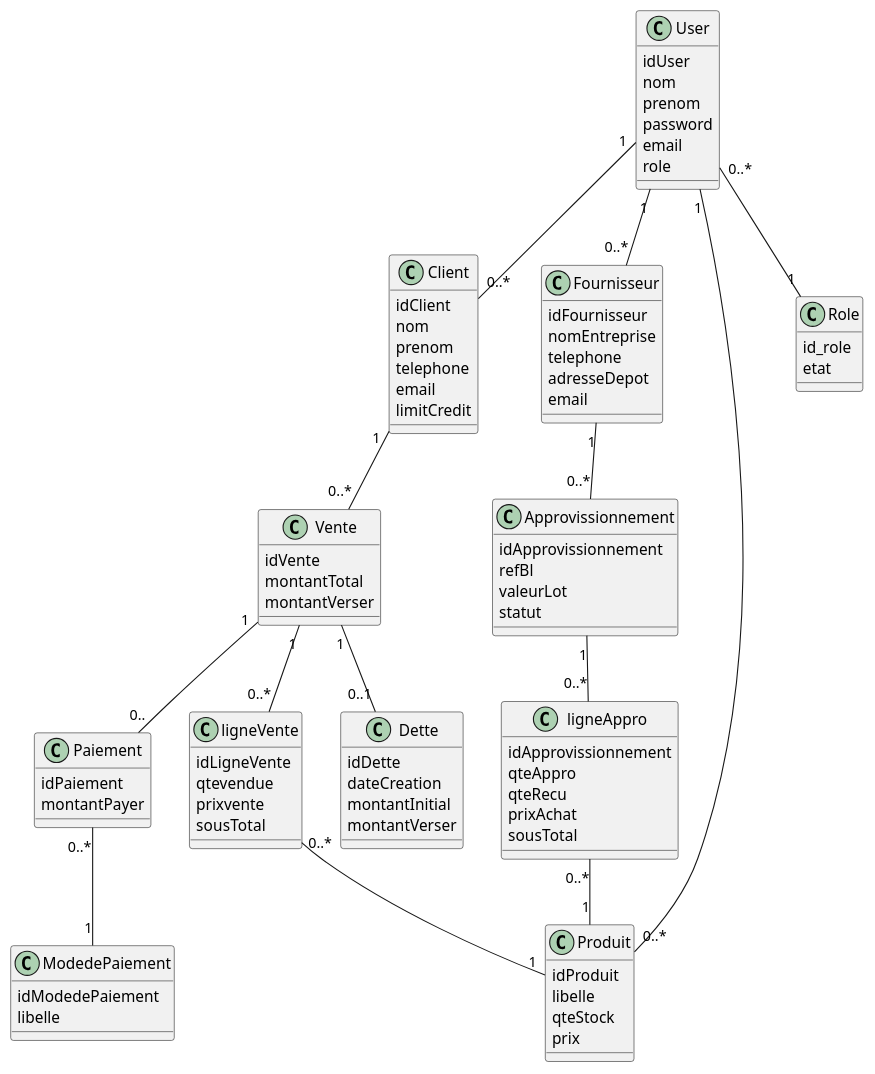
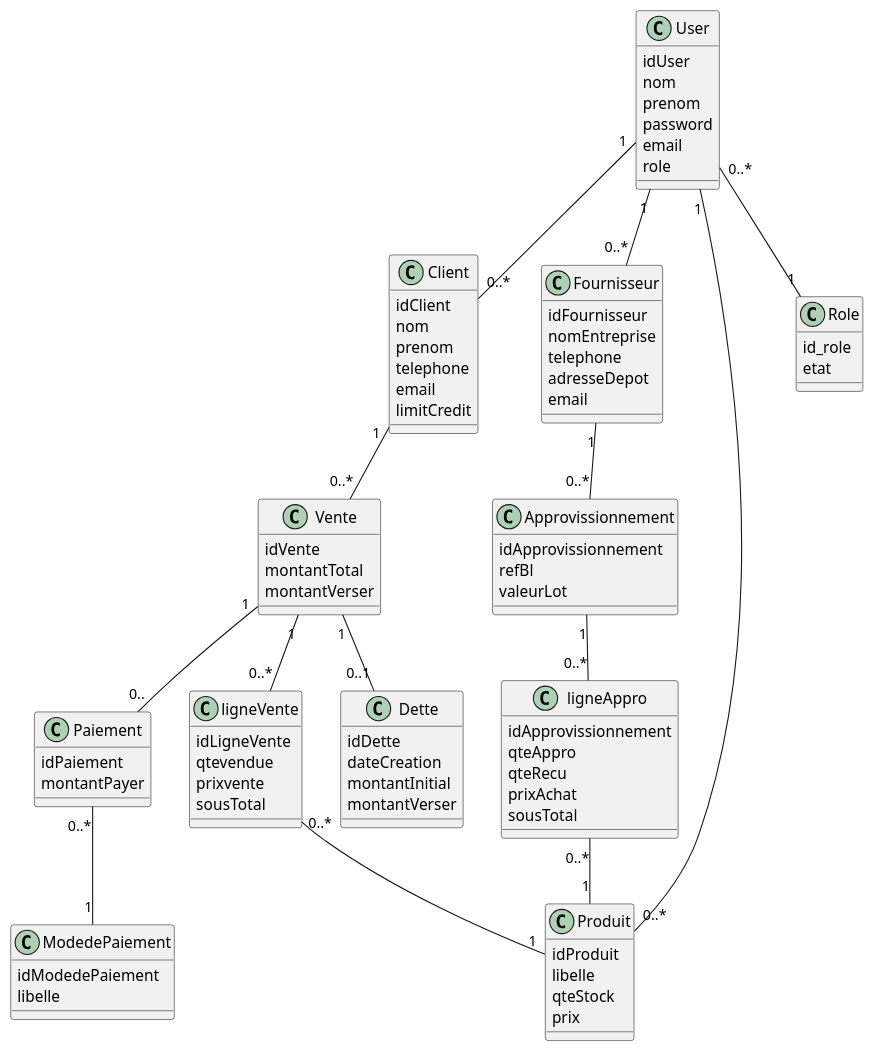
The diagram in docs/DiagrammeDeClasse.puml (FatmataNdiaye06/StoreManager), drawn with PlantUML before and after one commit. The commit also changed 20 other files, not shown here.

```diff
--- a/docs/DiagrammeDeClasse.puml
+++ b/docs/DiagrammeDeClasse.puml
@@ -1,106 +1,105 @@
 @startuml use case
  class User{
     idUser 
     nom 
     prenom 
     password
     email
     role
  }
   class Client{
     idClient 
     nom 
     prenom 
     telephone
     email
     limitCredit
    
  }
  class Fournisseur{
     idFournisseur
     nomEntreprise 
     telephone
     adresseDepot
     email 
    
  }
  
  class Approvissionnement{
     idApprovissionnement
     refBl 
     valeurLot
-    statut
 
  }
   class ligneAppro{
     idApprovissionnement
     qteAppro
     qteRecu
     prixAchat
     sousTotal
 
  }
 
  class Vente{
     idVente
     montantTotal
     montantVerser
  }
 
  class ligneVente{
     idLigneVente
     qtevendue
     prixvente
     sousTotal
  }
  class Dette{
     idDette
     dateCreation
     montantInitial 
     montantVerser
  }
   class Produit{
     idProduit
     libelle
     qteStock
     prix
     
  }
   class Paiement{
     idPaiement
     montantPayer
     
  }
    class ModedePaiement{
     idModedePaiement
     libelle
     
  }
  class Role{
      id_role
      etat 
  }
      
 
 
 
 User "1"--"0..*"Client
 User "1"--"0..*"Fournisseur
 User "1"--"0..*"Produit
 User "0..*"--"1"Role
 
 
 ligneVente "0..*"--"1"Produit
 Vente "1"--"0..*"ligneVente
 Paiement "0..*"--"1"ModedePaiement
 Fournisseur "1"--"0..*"Approvissionnement
 Approvissionnement "1"--"0..*"ligneAppro
 ligneAppro "0..*"--"1"Produit
 
 
 Vente "1"--"0..1"Dette
 Client "1"--"0..*"Vente
 Vente "1"--"0.."Paiement
 
 
 @enduml
```
